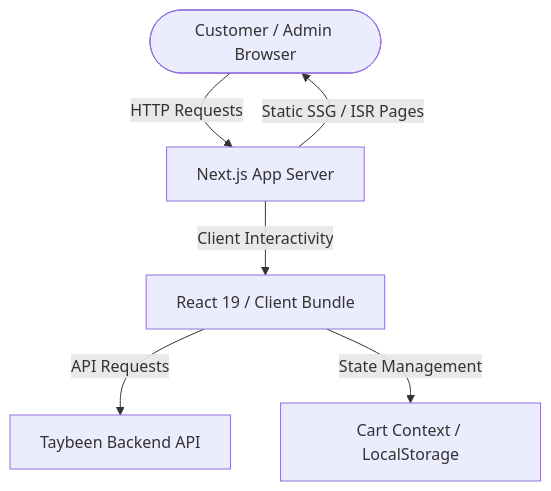
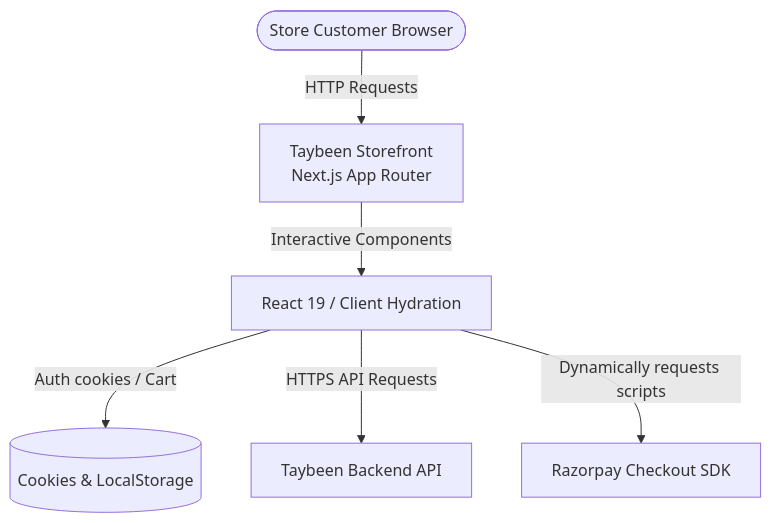
One commit to taybeen-healthy/taybeen-frontend changed the first of 5 diagrams in ARCHITECTURE.md. Above: the diagram before and after it, drawn with Mermaid. The commit also changed other lines of this file and 8 other files, not shown here.

````diff
--- a/ARCHITECTURE.md
+++ b/ARCHITECTURE.md
@@ -13,8 +13,8 @@
 ```mermaid
 graph TD
-    User([Customer / Admin Browser]) -->|HTTP Requests| WebServer[Next.js App Server]
-    WebServer -->|Static SSG / ISR Pages| User
-    WebServer -->|Client Interactivity| ClientJS[React 19 / Client Bundle]
-    ClientJS -->|API Requests| ExternalAPI[Taybeen Backend API]
-    ClientJS -->|State Management| CartCtx[Cart Context / LocalStorage]
+    User([Store Customer Browser]) -->|HTTP Requests| Storefront[Taybeen Storefront<br/>Next.js App Router]
+    Storefront -->|Interactive Components| ClientJS[React 19 / Client Hydration]
+    ClientJS -->|Auth cookies / Cart| LocalStore[(Cookies & LocalStorage)]
+    ClientJS -->|HTTPS API Requests| SiblingAPI[Taybeen Backend API]
+    ClientJS -->|Dynamically requests scripts| RazorpaySDK[Razorpay Checkout SDK]
 ```
````
